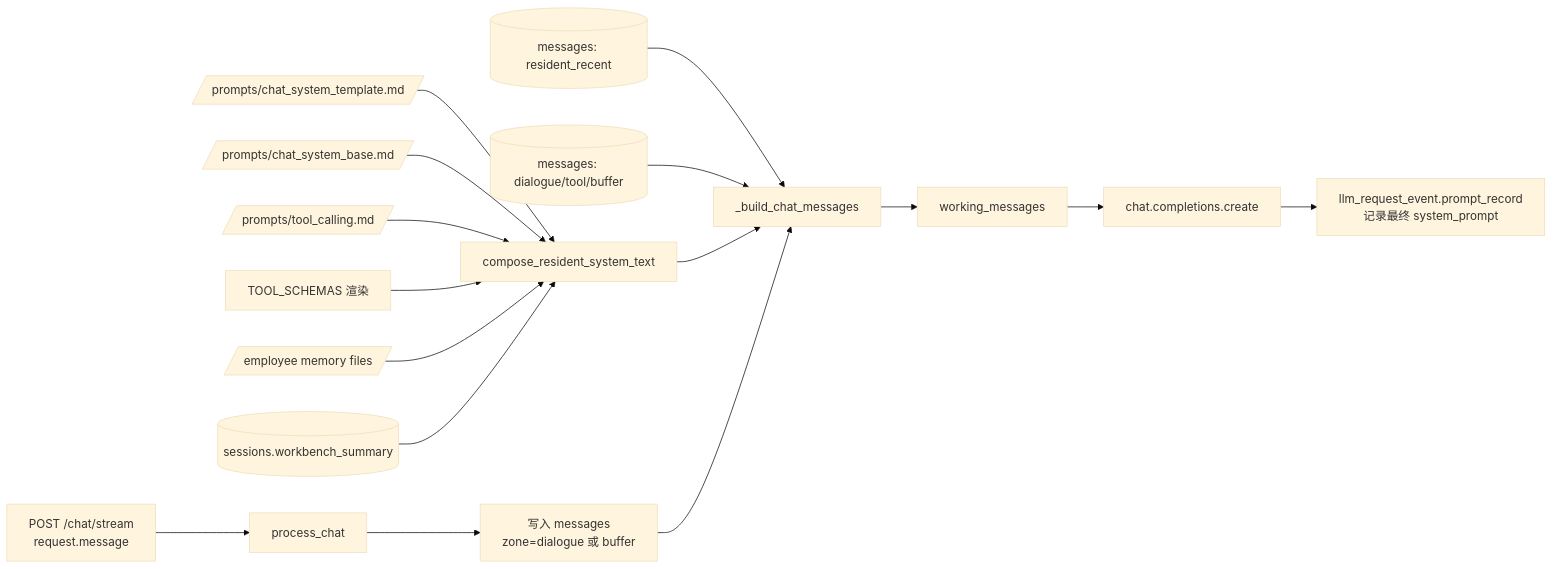
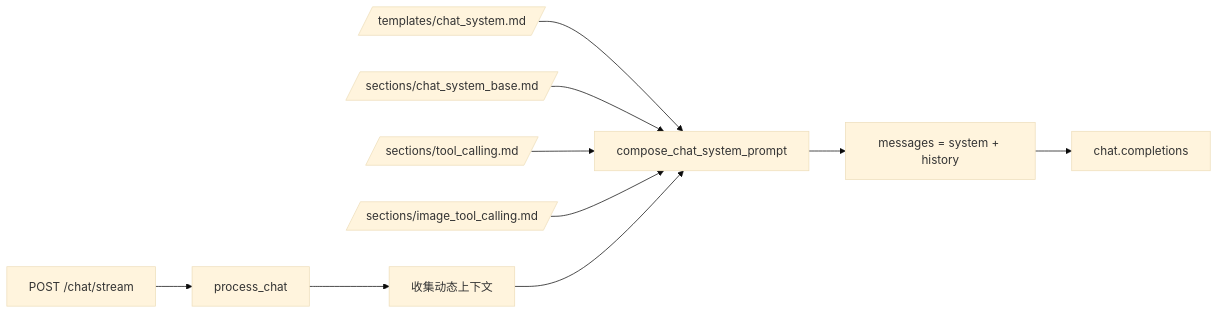
The diagram in docs/llm_prompt_sources.md (tamakara/agent-demo), drawn with Mermaid (base theme) before and after one commit. The commit also changed other lines of this file and 54 other files, not shown here.

````diff
--- a/docs/llm_prompt_sources.md
+++ b/docs/llm_prompt_sources.md
@@ -41,21 +56,14 @@
 ```mermaid
 flowchart LR
-    A[POST /chat/stream<br/>request.message] --> B[process_chat]
-    B --> C[写入 messages<br/>zone=dialogue 或 buffer]
+    A[POST /chat/stream] --> B[process_chat]
+    B --> C[收集动态上下文]
 
-    PT[/prompts/chat_system_template.md/] --> S[compose_resident_system_text]
-    P1[/prompts/chat_system_base.md/] --> S
-    P2[/prompts/tool_calling.md/] --> S
-    T[TOOL_SCHEMAS 渲染] --> S
-    M[/employee memory files/] --> S
-    W[(sessions.workbench_summary)] --> S
+    T1[/templates/chat_system.md/] --> P1[compose_chat_system_prompt]
+    S1[/sections/chat_system_base.md/] --> P1
+    S2[/sections/tool_calling.md/] --> P1
+    S3[/sections/image_tool_calling.md/] --> P1
 
-    R[(messages: resident_recent)] --> M2[_build_chat_messages]
-    A2[(messages: dialogue/tool/buffer)] --> M2
-    S --> M2
-    C --> M2
-
-    M2 --> L[working_messages]
-    L --> O[chat.completions.create]
-    O --> RQ[llm_request_event.prompt_record<br/>记录最终 system_prompt]
+    C --> P1
+    P1 --> M[messages = system + history]
+    M --> L[chat.completions]
 ```
````
